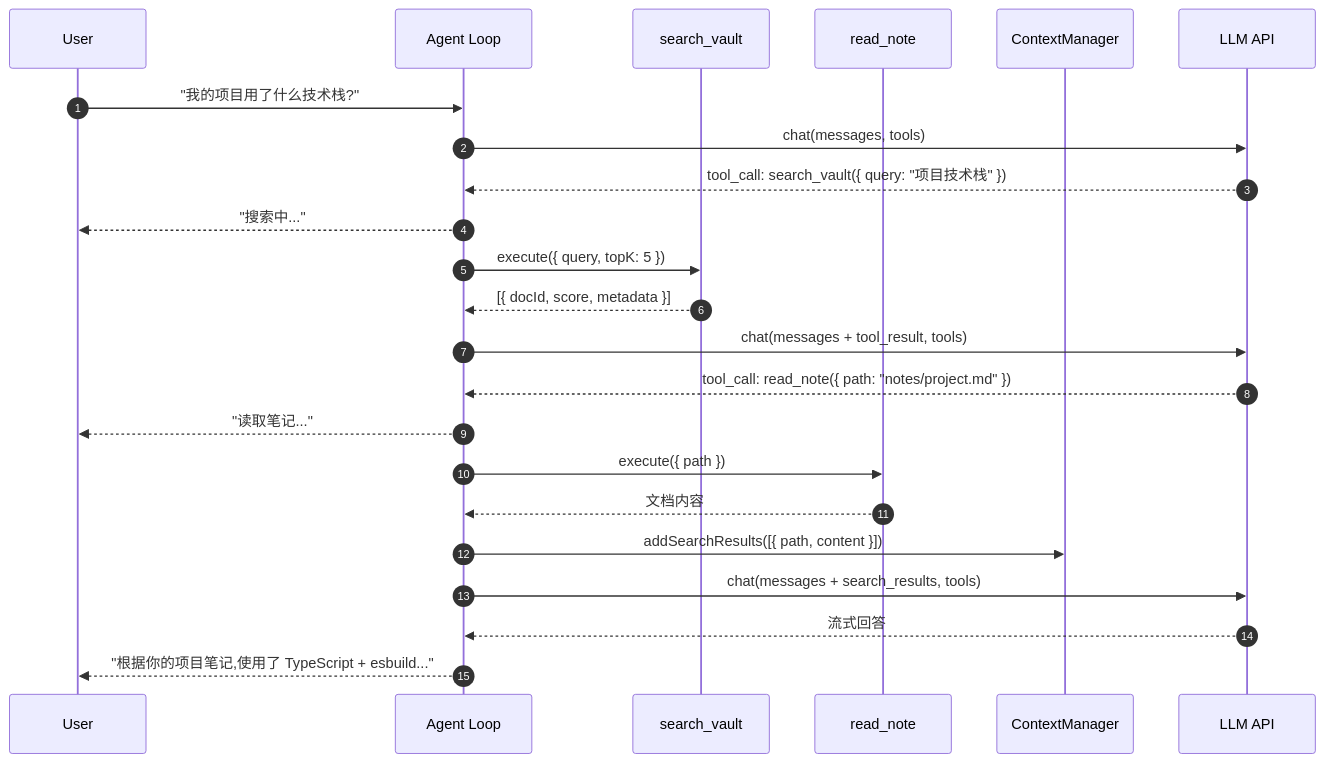
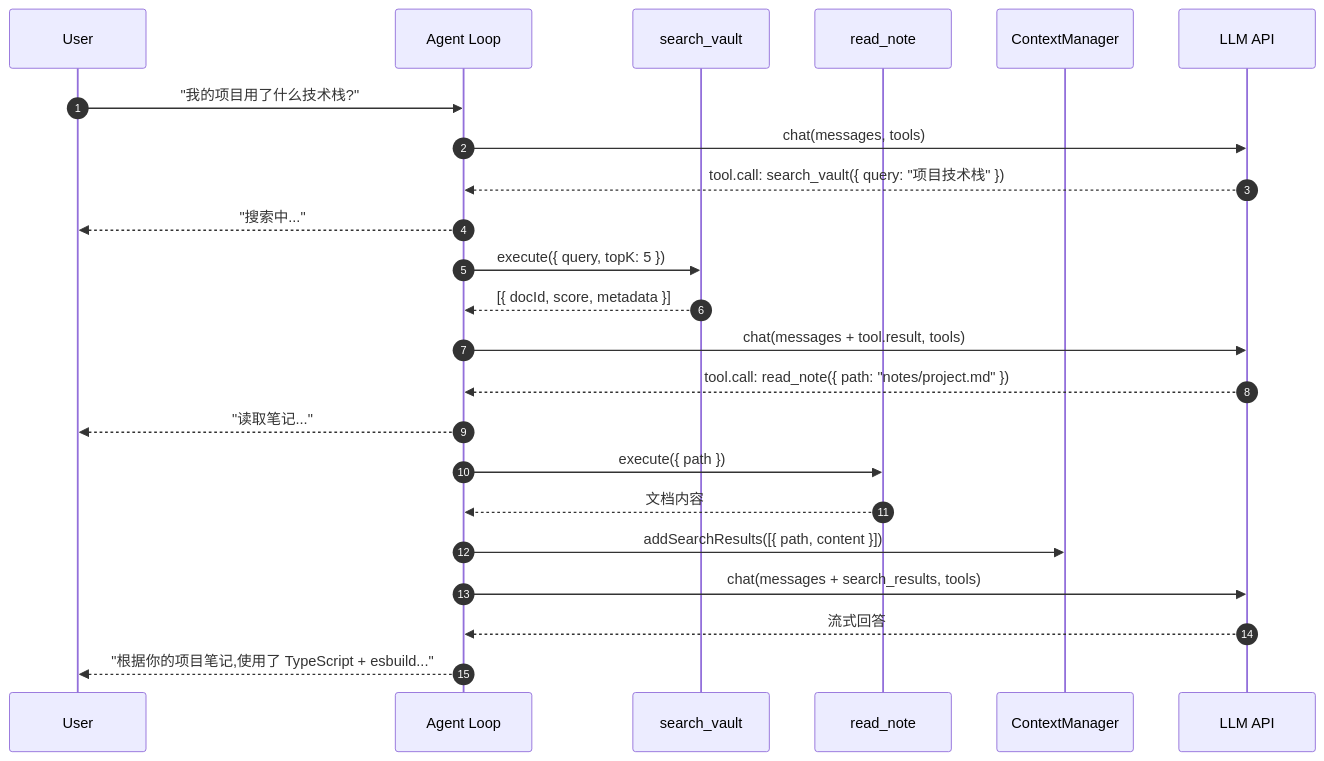
The fifth of 5 diagrams in docs/architecture/agent/chat.md (golddream-y/obsidian-ratel), drawn with Mermaid before and after one commit. The commit also changed other lines of this file and 3 other files, not shown here.

First line of the commit message:
docs(architecture): 对齐事件名/字段名 + 更新执行边界表

````diff
--- a/docs/architecture/agent/chat.md
+++ b/docs/architecture/agent/chat.md
@@ -188,28 +188,28 @@
 ```mermaid
 sequenceDiagram
     autonumber
     participant U as User
     participant AL as Agent Loop
     participant SV as search_vault
     participant RN as read_note
     participant CTX as ContextManager
     participant LLM as LLM API
 
     U->>AL: "我的项目用了什么技术栈?"
     AL->>LLM: chat(messages, tools)
-    LLM-->>AL: tool_call: search_vault({ query: "项目技术栈" })
+    LLM-->>AL: tool.call: search_vault({ query: "项目技术栈" })
     AL-->>U: "搜索中..."
     AL->>SV: execute({ query, topK: 5 })
     SV-->>AL: [{ docId, score, metadata }]
 
-    AL->>LLM: chat(messages + tool_result, tools)
-    LLM-->>AL: tool_call: read_note({ path: "notes/project.md" })
+    AL->>LLM: chat(messages + tool.result, tools)
+    LLM-->>AL: tool.call: read_note({ path: "notes/project.md" })
     AL-->>U: "读取笔记..."
     AL->>RN: execute({ path })
     RN-->>AL: 文档内容
 
     AL->>CTX: addSearchResults([{ path, content }])
     AL->>LLM: chat(messages + search_results, tools)
     LLM-->>AL: 流式回答
     AL-->>U: "根据你的项目笔记,使用了 TypeScript + esbuild..."
 ```
````
